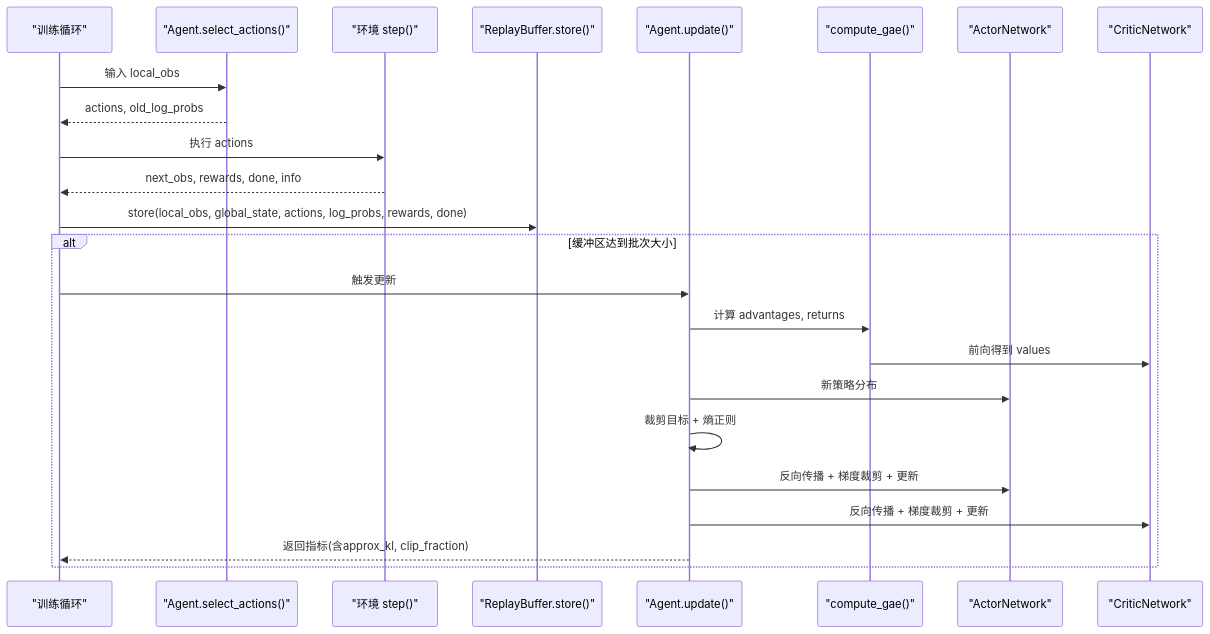
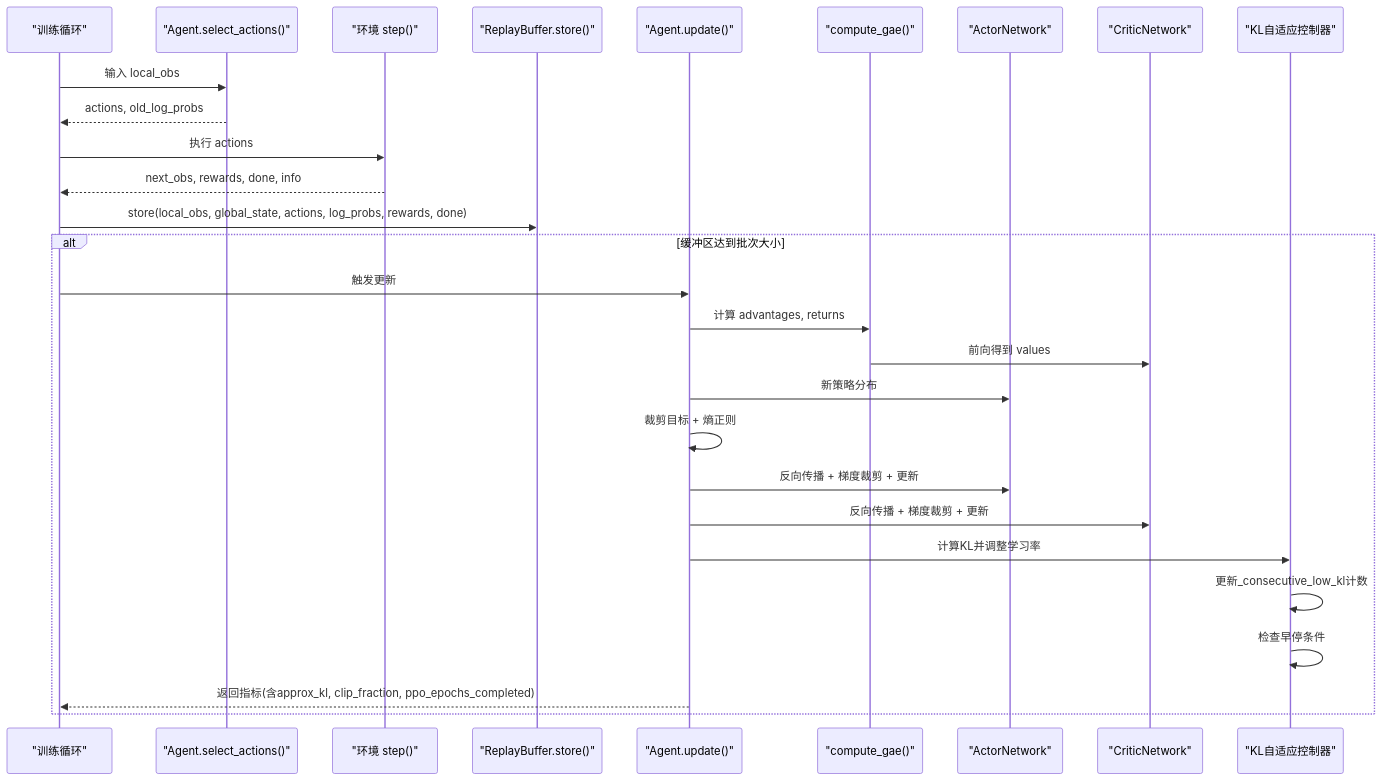
One commit to xixi10001/self_Adaptive changed the second of 8 diagrams in .qoder/repowiki/zh/content/项目概述/核心功能特性/CTDE-PPO算法实现/PPO算法核心实现/PPO算法核心实现.md. Above: the diagram before and after it, drawn with Mermaid. The commit also changed other lines of this file and 94 other files, not shown here.

````diff
--- a/.qoder/repowiki/zh/content/项目概述/核心功能特性/CTDE-PPO算法实现/PPO算法核心实现/PPO算法核心实现.md
+++ b/.qoder/repowiki/zh/content/项目概述/核心功能特性/CTDE-PPO算法实现/PPO算法核心实现/PPO算法核心实现.md
@@ -72,26 +83,30 @@
 ```mermaid
 sequenceDiagram
 participant T as "训练循环"
 participant A as "Agent.select_actions()"
 participant E as "环境 step()"
 participant R as "ReplayBuffer.store()"
 participant U as "Agent.update()"
 participant G as "compute_gae()"
 participant AC as "ActorNetwork"
 participant CR as "CriticNetwork"
+participant KL as "KL自适应控制器"
 T->>A : 输入 local_obs
 A-->>T : actions, old_log_probs
 T->>E : 执行 actions
 E-->>T : next_obs, rewards, done, info
 T->>R : store(local_obs, global_state, actions, log_probs, rewards, done)
 alt 缓冲区达到批次大小
 T->>U : 触发更新
 U->>G : 计算 advantages, returns
 G->>CR : 前向得到 values
 U->>AC : 新策略分布
 U->>U : 裁剪目标 + 熵正则
 U->>AC : 反向传播 + 梯度裁剪 + 更新
 U->>CR : 反向传播 + 梯度裁剪 + 更新
-U-->>T : 返回指标(含approx_kl, clip_fraction)
+U->>KL : 计算KL并调整学习率
+KL->>KL : 更新_consecutive_low_kl计数
+KL->>KL : 检查早停条件
+U-->>T : 返回指标(含approx_kl, clip_fraction, ppo_epochs_completed)
 end
 ```
````
